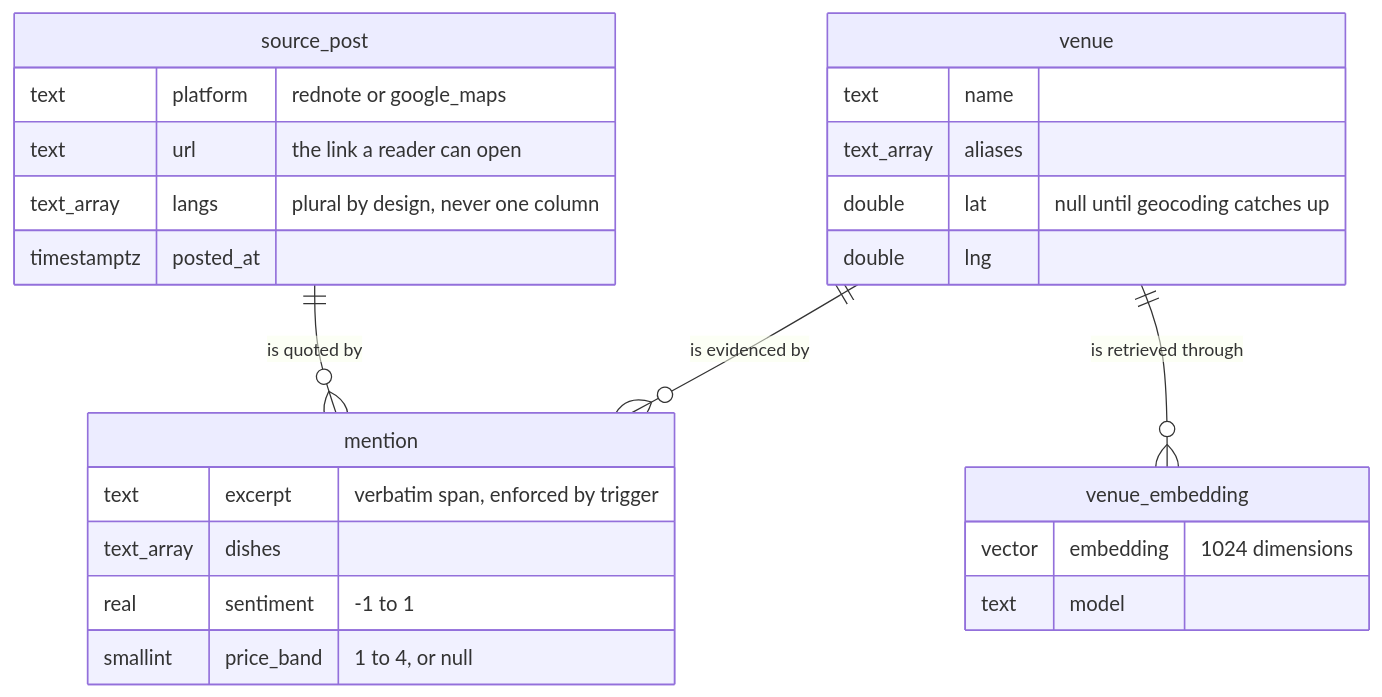
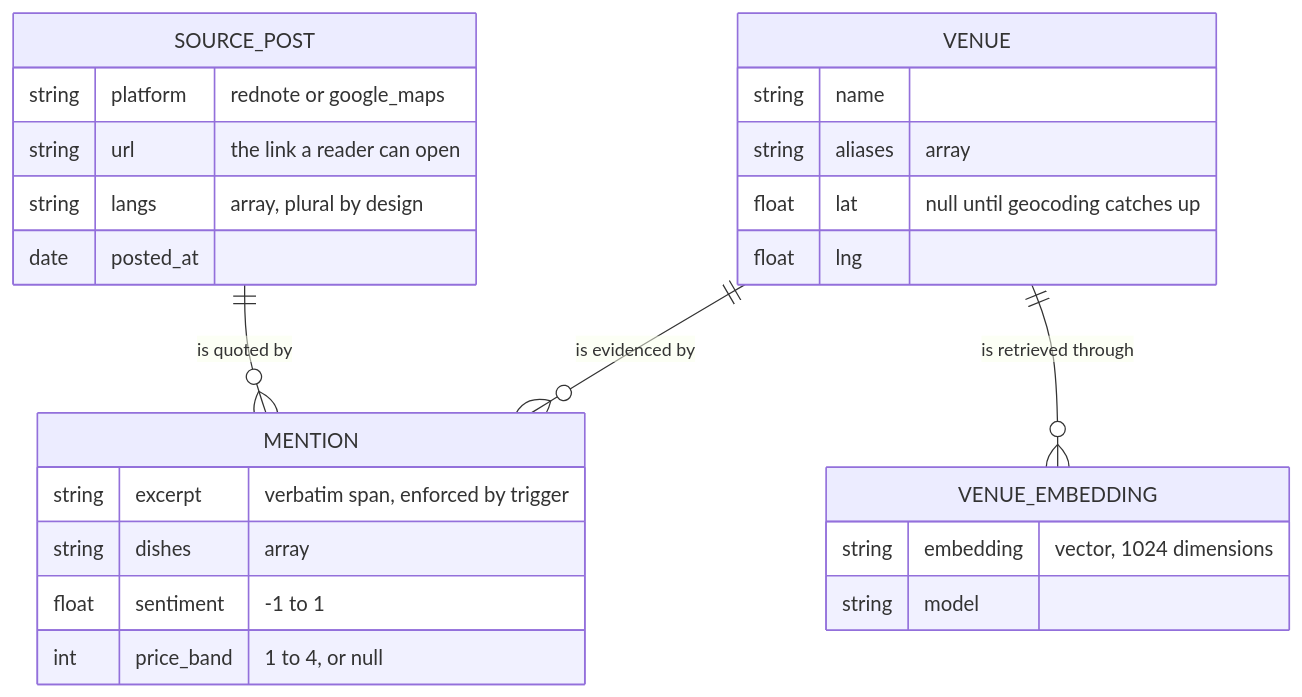
Before and after one commit to TolongLabs/MakanLah: the third of 3 diagrams in docs/README.md, drawn with Mermaid. The commit also changed other lines of this file and 17 other files, not shown here.

First line of the commit message:
docs(readme): a comic for the problem, phones in a grid, and diagrams github can render (#204)

````diff
--- a/docs/README.md
+++ b/docs/README.md
@@ -264,28 +218,28 @@
 ```mermaid
 erDiagram
-  source_post ||--o{ mention : "is quoted by"
-  venue ||--o{ mention : "is evidenced by"
-  venue ||--o{ venue_embedding : "is retrieved through"
-  source_post {
-    text platform "rednote or google_maps"
-    text url "the link a reader can open"
-    text_array langs "plural by design, never one column"
-    timestamptz posted_at
+  SOURCE_POST ||--o{ MENTION : "is quoted by"
+  VENUE ||--o{ MENTION : "is evidenced by"
+  VENUE ||--o{ VENUE_EMBEDDING : "is retrieved through"
+  SOURCE_POST {
+    string platform "rednote or google_maps"
+    string url "the link a reader can open"
+    string langs "array, plural by design"
+    date posted_at
   }
-  mention {
-    text excerpt "verbatim span, enforced by trigger"
-    text_array dishes
-    real sentiment "-1 to 1"
-    smallint price_band "1 to 4, or null"
+  MENTION {
+    string excerpt "verbatim span, enforced by trigger"
+    string dishes "array"
+    float sentiment "-1 to 1"
+    int price_band "1 to 4, or null"
   }
-  venue {
-    text name
-    text_array aliases
-    double lat "null until geocoding catches up"
-    double lng
+  VENUE {
+    string name
+    string aliases "array"
+    float lat "null until geocoding catches up"
+    float lng
   }
-  venue_embedding {
-    vector embedding "1024 dimensions"
-    text model
+  VENUE_EMBEDDING {
+    string embedding "vector, 1024 dimensions"
+    string model
   }
 ```
````
